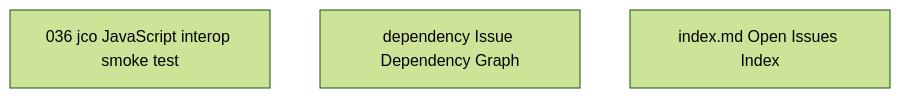
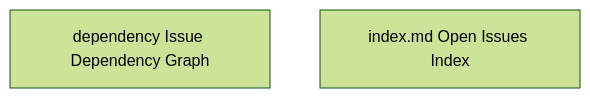
Before and after one commit to wogikaze/arukellt: the diagram in issues/open/dependency-graph.md, drawn with Mermaid (forest theme). The commit also changed other lines of this file and 5 other files, not shown here.

First line of the commit message:
fix(#036): component interop smoke test via wasmtime (jco blocked by GC)

````diff
--- a/issues/open/dependency-graph.md
+++ b/issues/open/dependency-graph.md
@@ -7,6 +7,5 @@
 ```mermaid
 graph TD
-  I036["036 jco JavaScript interop smoke test"]
   Idependency["dependency Issue Dependency Graph"]
   Iindex.md["index.md Open Issues Index"]
 ```
````
